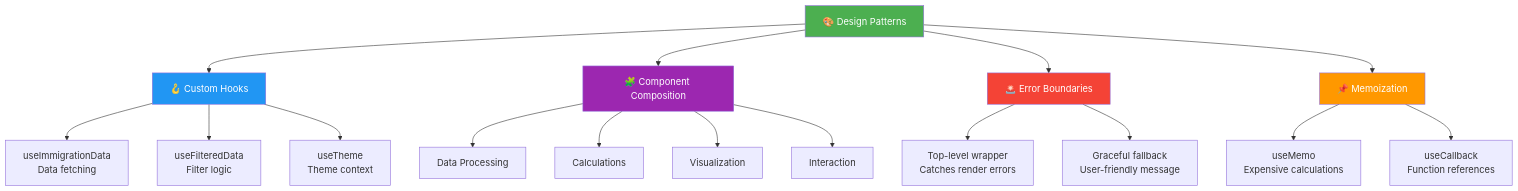
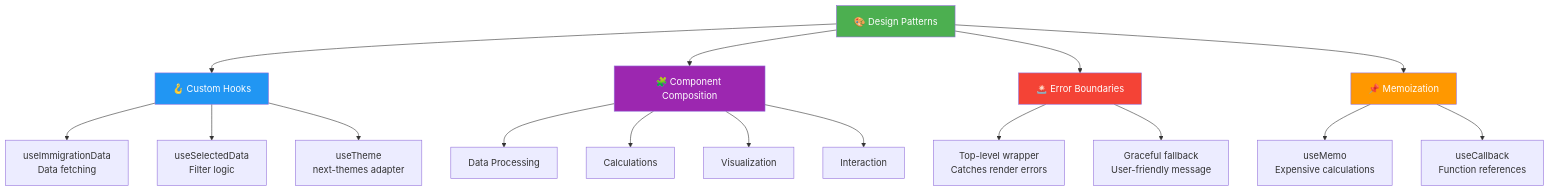
One commit to RetroHazard/JP_Immigration_Dashboard changed diagram 14 of 16 in ARCHITECTURE.md. Above: the diagram before and after it, drawn with Mermaid. The commit also changed other lines of this file and 239 other files, not shown here.

````diff
--- a/ARCHITECTURE.md
+++ b/ARCHITECTURE.md
@@ -557,30 +594,30 @@
 ```mermaid
 graph TD
     PATTERNS["🎨 Design Patterns"]
     
     PATTERNS --> HOOKS["🪝 Custom Hooks"]
     PATTERNS --> COMP["🧩 Component Composition"]
     PATTERNS --> ERROR["🚨 Error Boundaries"]
     PATTERNS --> MEMO["📌 Memoization"]
     
     HOOKS --> H1["useImmigrationData<br/>Data fetching"]
-    HOOKS --> H2["useFilteredData<br/>Filter logic"]
-    HOOKS --> H3["useTheme<br/>Theme context"]
+    HOOKS --> H2["useSelectedData<br/>Filter logic"]
+    HOOKS --> H3["useTheme<br/>next-themes adapter"]
     
     COMP --> C1["Data Processing"]
     COMP --> C2["Calculations"]
     COMP --> C3["Visualization"]
     COMP --> C4["Interaction"]
     
     ERROR --> E1["Top-level wrapper<br/>Catches render errors"]
     ERROR --> E2["Graceful fallback<br/>User-friendly message"]
     
     MEMO --> M1["useMemo<br/>Expensive calculations"]
     MEMO --> M2["useCallback<br/>Function references"]
     
     style PATTERNS fill:#4CAF50,color:#fff
     style HOOKS fill:#2196F3,color:#fff
     style COMP fill:#9C27B0,color:#fff
     style ERROR fill:#F44336,color:#fff
     style MEMO fill:#FF9800,color:#fff
 ```
````
